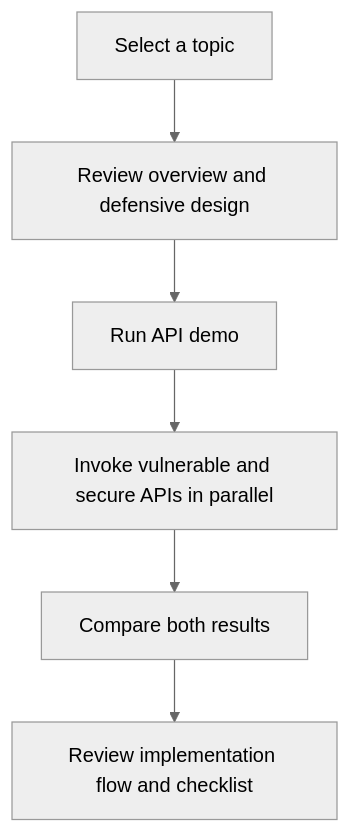
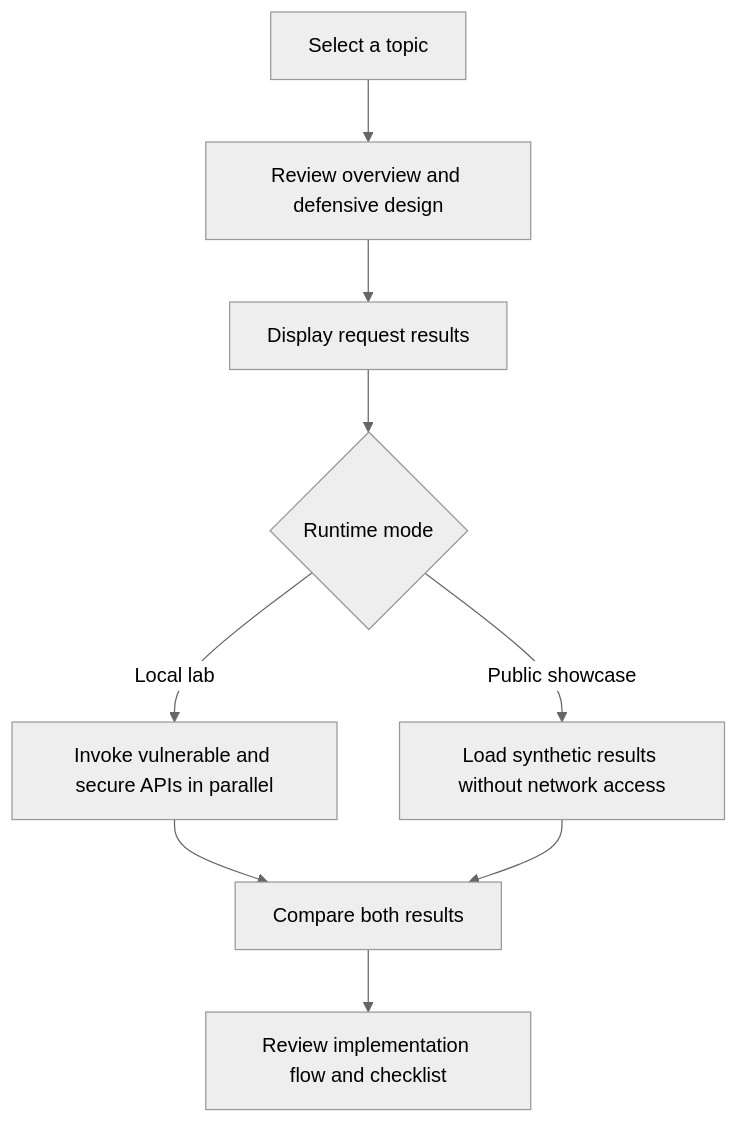
One commit to kiryu1211/api-security-lab-platform changed the second of 2 diagrams in docs/requirements.en.md. Above: the diagram before and after it, drawn with Mermaid (neutral theme). The commit also changed other lines of this file and 22 other files, not shown here.

````diff
--- a/docs/requirements.en.md
+++ b/docs/requirements.en.md
@@ -172,8 +209,11 @@
 ```mermaid
 flowchart TD
     A[Select a topic] --> B[Review overview and defensive design]
-    B --> C[Run API demo]
-    C --> D[Invoke vulnerable and secure APIs in parallel]
-    D --> E[Compare both results]
-    E --> F[Review implementation flow and checklist]
+    B --> C[Display request results]
+    C --> D{Runtime mode}
+    D -- Local lab --> E[Invoke vulnerable and secure APIs in parallel]
+    D -- Public showcase --> F[Load synthetic results without network access]
+    E --> G[Compare both results]
+    F --> G
+    G --> H[Review implementation flow and checklist]
 ```
````
